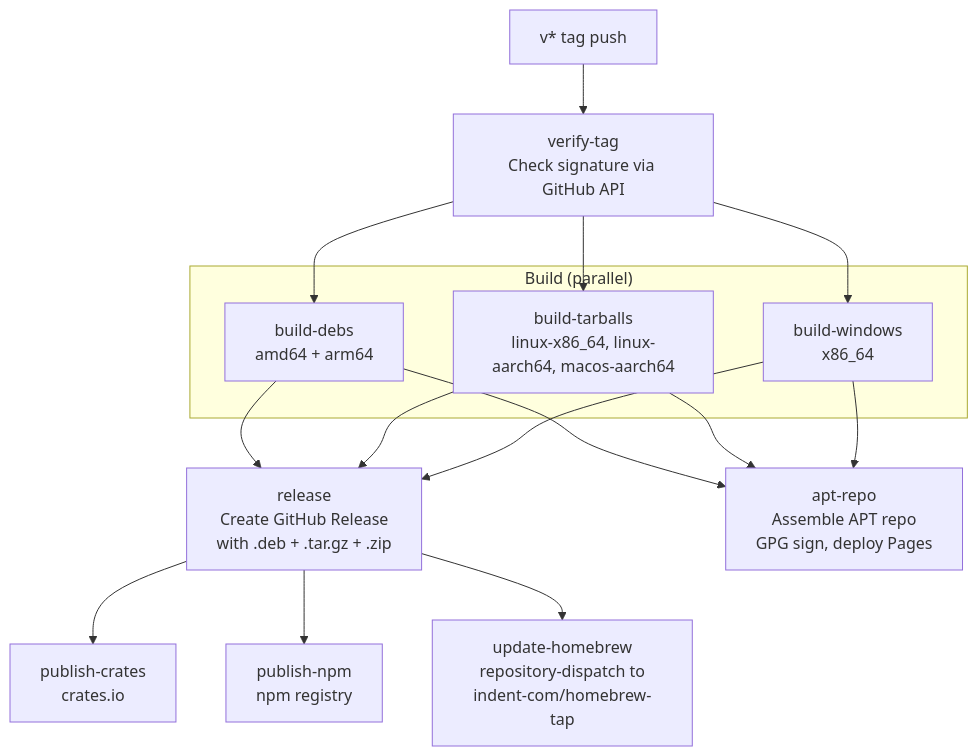
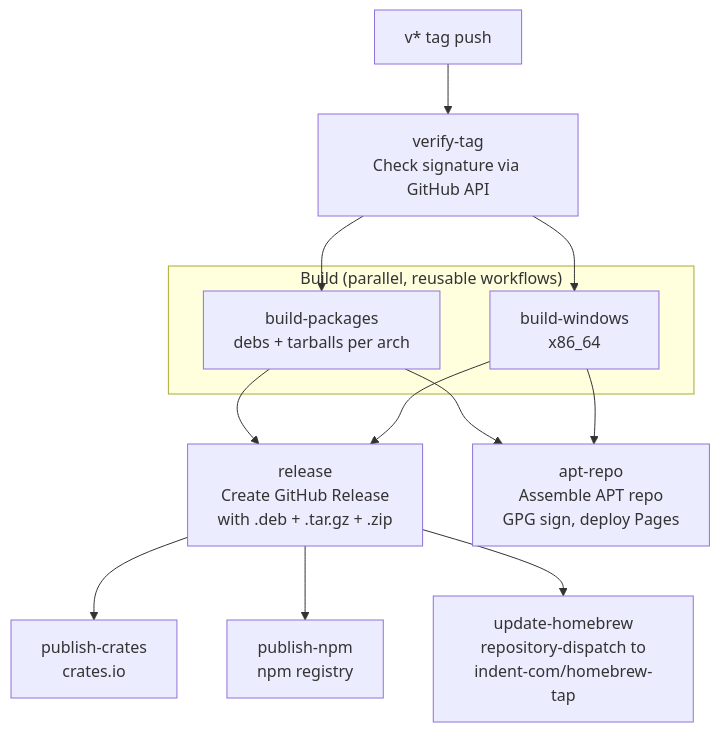
Before and after one commit to indent-com/blit: the third of 7 diagrams in SERVICES.md, drawn with Mermaid. The commit also changed other lines of this file and 101 other files, not shown here.

````diff
--- a/SERVICES.md
+++ b/SERVICES.md
@@ -272,18 +260,17 @@
 ```mermaid
 flowchart TD
     TAG["v* tag push"] --> VER[verify-tag<br>Check signature via GitHub API]
-    VER --> BD & BT & BW
+    VER --> BP & BW
 
-    subgraph "Build (parallel)"
-        BD[build-debs<br>amd64 + arm64]
-        BT[build-tarballs<br>linux-x86_64, linux-aarch64, macos-aarch64]
+    subgraph "Build (parallel, reusable workflows)"
+        BP[build-packages<br>debs + tarballs per arch]
         BW[build-windows<br>x86_64]
     end
 
-    BD & BT & BW --> REL[release<br>Create GitHub Release<br>with .deb + .tar.gz + .zip]
-    BD & BT & BW --> APT[apt-repo<br>Assemble APT repo<br>GPG sign, deploy Pages]
+    BP & BW --> REL[release<br>Create GitHub Release<br>with .deb + .tar.gz + .zip]
+    BP & BW --> APT[apt-repo<br>Assemble APT repo<br>GPG sign, deploy Pages]
 
     REL --> PUB_CRATES[publish-crates<br>crates.io]
     REL --> PUB_NPM[publish-npm<br>npm registry]
     REL --> BREW[update-homebrew<br>repository-dispatch to<br>indent-com/homebrew-tap]
 ```
````
